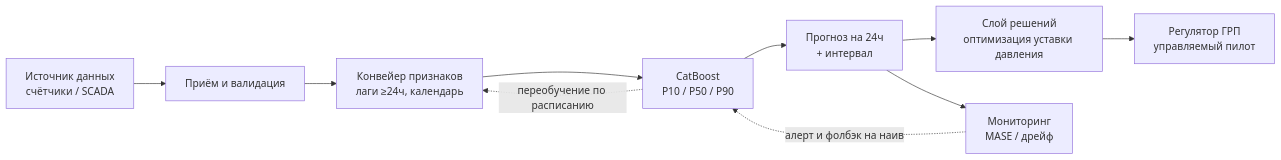
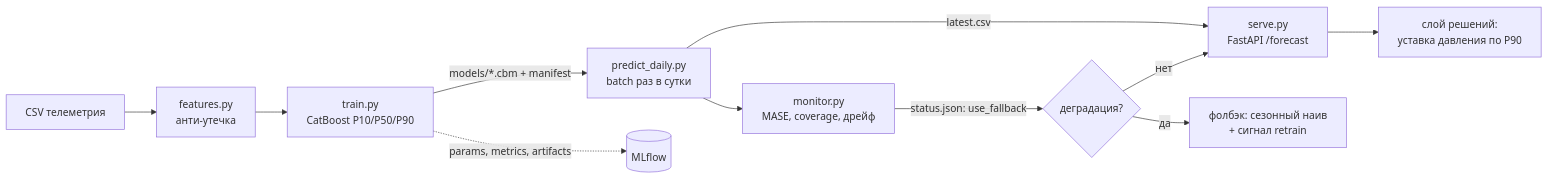
One commit to mintimer003/energy-load-forecast changed the diagram in README.md. Above: the diagram before and after it, drawn with Mermaid. The commit also changed other lines of this file and 13 other files, not shown here.

Commit message:
production layer: MLflow, batch predict, FastAPI, monitoring, Docker, tests, CI

````diff
--- a/README.md
+++ b/README.md
@@ -163,12 +163,13 @@
 ```mermaid
 flowchart LR
-    A[Источник данных<br/>счётчики / SCADA] --> B[Приём и валидация]
-    B --> C[Конвейер признаков<br/>лаги &ge;24ч, календарь]
-    C --> D[CatBoost<br/>P10 / P50 / P90]
-    D --> E[Прогноз на 24ч<br/>+ интервал]
-    E --> F[Слой решений<br/>оптимизация уставки давления]
-    F --> G[Регулятор ГРП<br/>управляемый пилот]
-    D -. переобучение по расписанию .-> C
-    E --> H[Мониторинг<br/>MASE / дрейф]
-    H -. алерт и фолбэк на наив .-> D
+    A[CSV телеметрия] --> B[features.py<br/>анти-утечка]
+    B --> C[train.py<br/>CatBoost P10/P50/P90]
+    C -->|models/*.cbm + manifest| D[predict_daily.py<br/>batch раз в сутки]
+    C -.->|params, metrics, artifacts| M[(MLflow)]
+    D -->|latest.csv| E[serve.py<br/>FastAPI /forecast]
+    D --> F[monitor.py<br/>MASE, coverage, дрейф]
+    F -->|status.json: use_fallback| G{деградация?}
+    G -->|да| H[фолбэк: сезонный наив<br/>+ сигнал retrain]
+    G -->|нет| E
+    E --> I[слой решений:<br/>уставка давления по P90]
 ```
````
